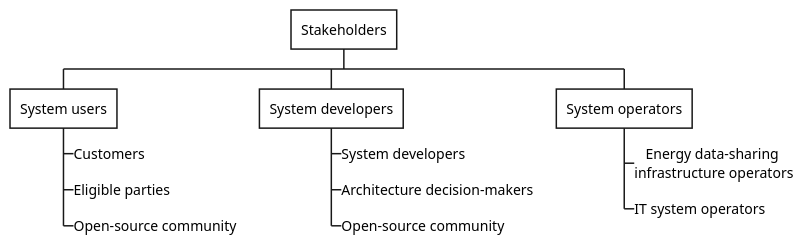
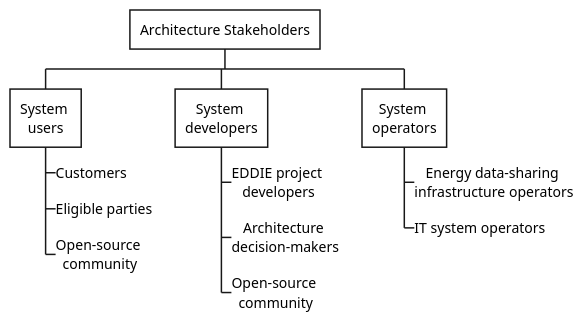
Before and after one commit to eddie-energy/architecture: the diagram in arc42/introduction-and-goals/figures/stakeholders.puml, drawn with PlantUML. The commit also changed 2 other files, not shown here.

Commit message:
update the figure of stakeholders in the intro

```diff
--- a/arc42/introduction-and-goals/figures/stakeholders.puml
+++ b/arc42/introduction-and-goals/figures/stakeholders.puml
@@ -1,37 +1,37 @@
 @startwbs stakeholders
 'work breakdown structure
 
 <style>
 wbsdiagram {
   node {
     BackgroundColor transparemt
     HorizontalAlignment center
     fontsize 14
   }
 '   :depth(3) {
 '     Linecolor white
 '   }
 }
 </style>
 
-* Stakeholders
+* Architecture Stakeholders
 
-++ System users
+++ System \nusers
 +++_ Customers
 +++_ Eligible parties
-+++_ Open-source community
++++_ Open-source \ncommunity
 
-++ System developers
-+++_ System developers
-+++_ Architecture decision-makers
-+++_ Open-source community
+++ System \ndevelopers
++++_ EDDIE project \ndevelopers
++++_ Architecture \ndecision-makers
++++_ Open-source \ncommunity
 
 
-++ System operators
+++ System \noperators
 +++_ Energy data-sharing \ninfrastructure operators
 +++_ IT system operators
 
 
 
 
 @endwbs
```
